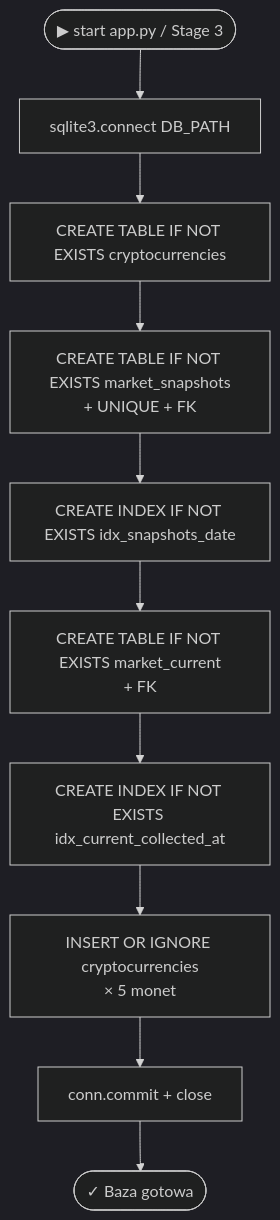
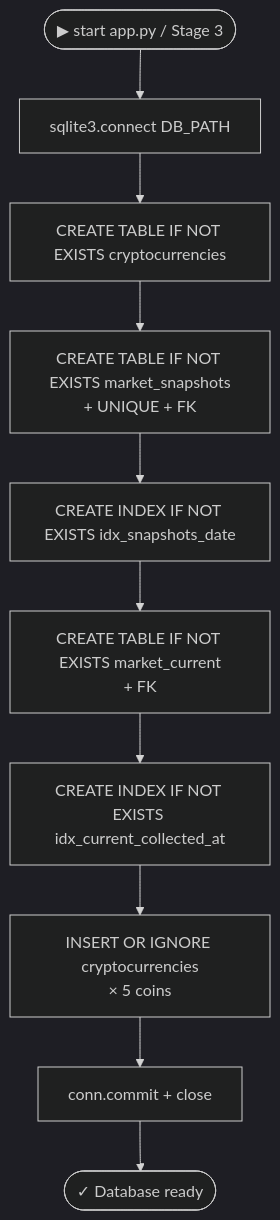
One commit to midusza04/coingeko_project changed the sixth of 8 diagrams in .docs/diagrams.md. Above: the diagram before and after it, drawn with Mermaid (dark theme). The commit also changed other lines of this file and 12 other files, not shown here.

````diff
--- a/.docs/diagrams.md
+++ b/.docs/diagrams.md
@@ -183,12 +183,12 @@
 ```mermaid
 flowchart TD
     START([▶ start app.py / Stage 3]) --> CONNECT[sqlite3.connect DB_PATH]
     CONNECT --> T1[CREATE TABLE IF NOT EXISTS cryptocurrencies]
     T1 --> T2[CREATE TABLE IF NOT EXISTS market_snapshots\n+ UNIQUE + FK]
     T2 --> I1[CREATE INDEX IF NOT EXISTS idx_snapshots_date]
     I1 --> T3[CREATE TABLE IF NOT EXISTS market_current\n+ FK]
     T3 --> I2[CREATE INDEX IF NOT EXISTS idx_current_collected_at]
-    I2 --> SEED[INSERT OR IGNORE cryptocurrencies\n× 5 monet]
+    I2 --> SEED[INSERT OR IGNORE cryptocurrencies\n× 5 coins]
     SEED --> COMMIT[conn.commit + close]
-    COMMIT --> END([✓ Baza gotowa])
+    COMMIT --> END([✓ Database ready])
 ```
````
